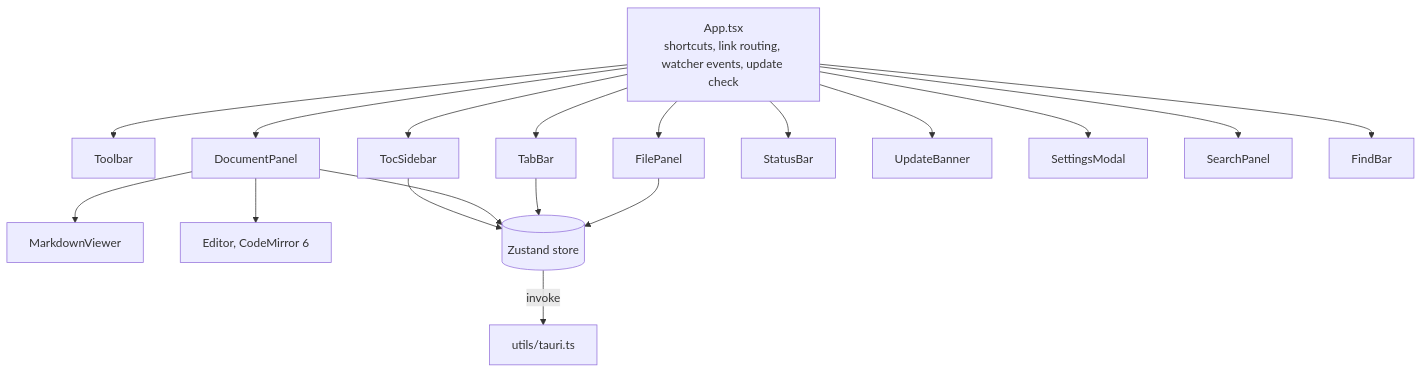
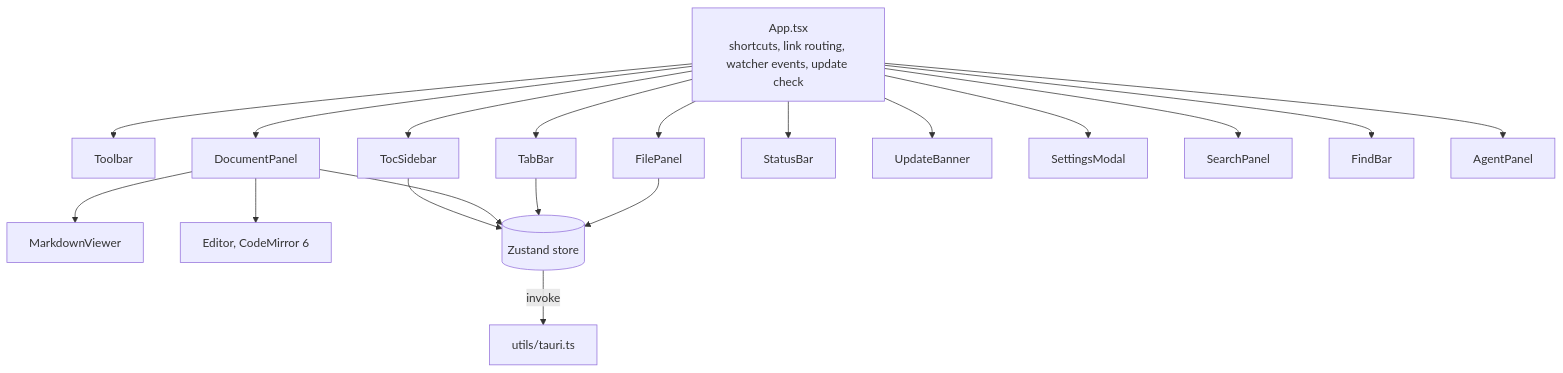
The third of 5 diagrams in ARCHITECTURE.md (lambda-house/mdviewer-mj), drawn with Mermaid before and after one commit. The commit also changed other lines of this file and 13 other files, not shown here.

````diff
--- a/ARCHITECTURE.md
+++ b/ARCHITECTURE.md
@@ -128,10 +141,10 @@
 ```mermaid
 flowchart TB
   App[App.tsx<br/>shortcuts, link routing, watcher events, update check]
   App --> Toolbar & TabBar & FilePanel & DocumentPanel & TocSidebar & StatusBar
-  App --> UpdateBanner & SettingsModal & SearchPanel & FindBar
+  App --> UpdateBanner & SettingsModal & SearchPanel & FindBar & AgentPanel
   DocumentPanel --> Viewer[MarkdownViewer]
   DocumentPanel --> Editor[Editor, CodeMirror 6]
   FilePanel & TabBar & DocumentPanel & TocSidebar --> Store[(Zustand store)]
   Store -- invoke --> Tauri[utils/tauri.ts]
 ```
````
